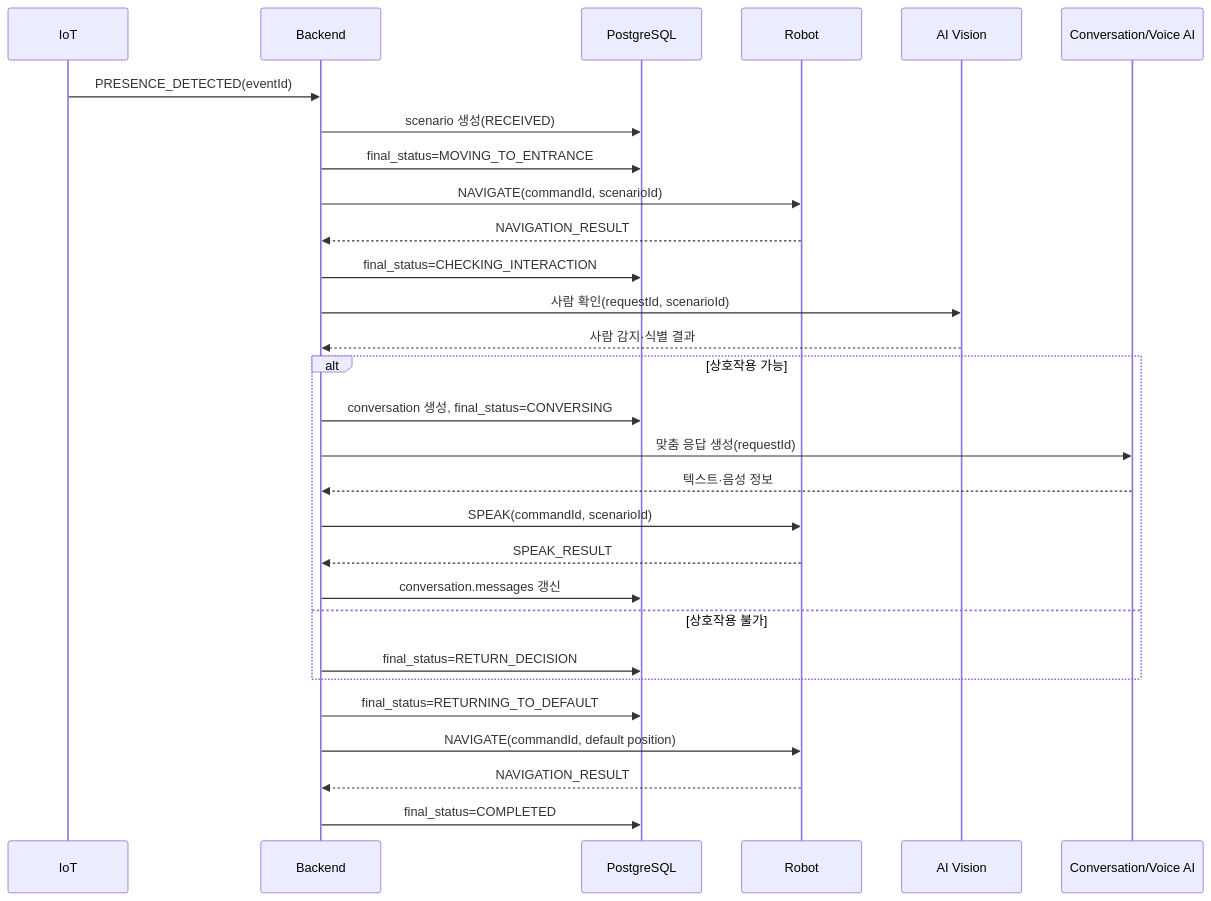
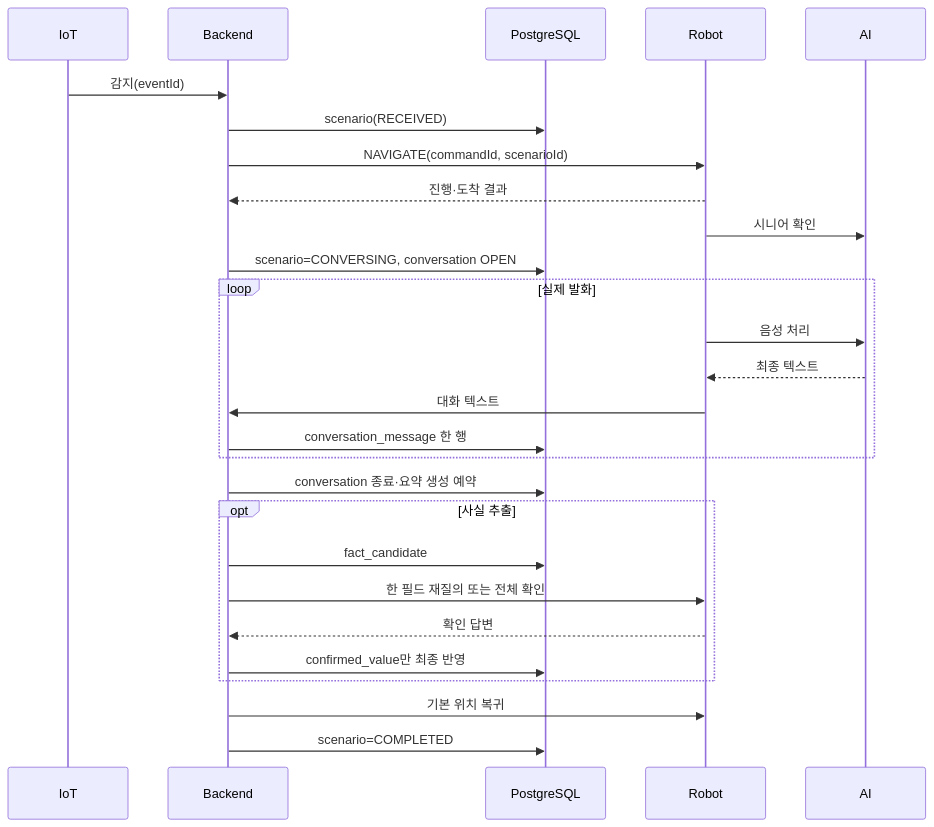
Before and after one commit to bomi-aiot/BOMI: the diagram in docs/scenario/homecoming-welcome.md, drawn with Mermaid. The commit also changed other lines of this file and 18 other files, not shown here.

Commit message:
docs(db): [S15P11E102-134] 기억과 개인화 고도화를 위한 ERD 재정의

````diff
--- a/docs/scenario/homecoming-welcome.md
+++ b/docs/scenario/homecoming-welcome.md
@@ -32,35 +12,29 @@
 ```mermaid
 sequenceDiagram
     participant IoT
     participant BE as Backend
     participant DB as PostgreSQL
-    participant Robot
-    participant Vision as AI Vision
-    participant Voice as Conversation/Voice AI
-
-    IoT->>BE: PRESENCE_DETECTED(eventId)
-    BE->>DB: scenario 생성(RECEIVED)
-    BE->>DB: final_status=MOVING_TO_ENTRANCE
-    BE->>Robot: NAVIGATE(commandId, scenarioId)
-    Robot-->>BE: NAVIGATION_RESULT
-
-    BE->>DB: final_status=CHECKING_INTERACTION
-    BE->>Vision: 사람 확인(requestId, scenarioId)
-    Vision-->>BE: 사람 감지·식별 결과
-
-    alt 상호작용 가능
-        BE->>DB: conversation 생성, final_status=CONVERSING
-        BE->>Voice: 맞춤 응답 생성(requestId)
-        Voice-->>BE: 텍스트·음성 정보
-        BE->>Robot: SPEAK(commandId, scenarioId)
-        Robot-->>BE: SPEAK_RESULT
-        BE->>DB: conversation.messages 갱신
-    else 상호작용 불가
-        BE->>DB: final_status=RETURN_DECISION
+    participant R as Robot
+    participant AI
+    IoT->>BE: 감지(eventId)
+    BE->>DB: scenario(RECEIVED)
+    BE->>R: NAVIGATE(commandId, scenarioId)
+    R-->>BE: 진행·도착 결과
+    R->>AI: 시니어 확인
+    BE->>DB: scenario=CONVERSING, conversation OPEN
+    loop 실제 발화
+        R->>AI: 음성 처리
+        AI-->>R: 최종 텍스트
+        R->>BE: 대화 텍스트
+        BE->>DB: conversation_message 한 행
     end
-
-    BE->>DB: final_status=RETURNING_TO_DEFAULT
-    BE->>Robot: NAVIGATE(commandId, default position)
-    Robot-->>BE: NAVIGATION_RESULT
-    BE->>DB: final_status=COMPLETED
+    BE->>DB: conversation 종료·요약 생성 예약
+    opt 사실 추출
+        BE->>DB: fact_candidate
+        BE->>R: 한 필드 재질의 또는 전체 확인
+        R-->>BE: 확인 답변
+        BE->>DB: confirmed_value만 최종 반영
+    end
+    BE->>R: 기본 위치 복귀
+    BE->>DB: scenario=COMPLETED
 ```
````
